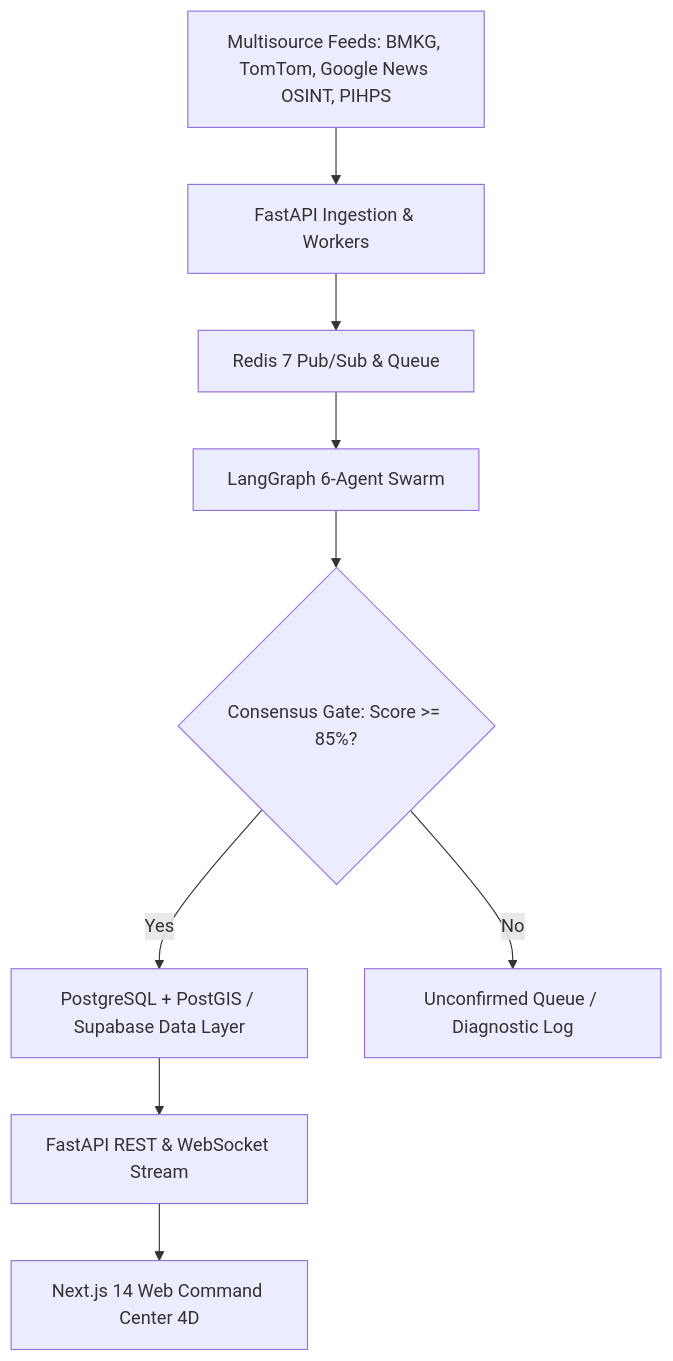
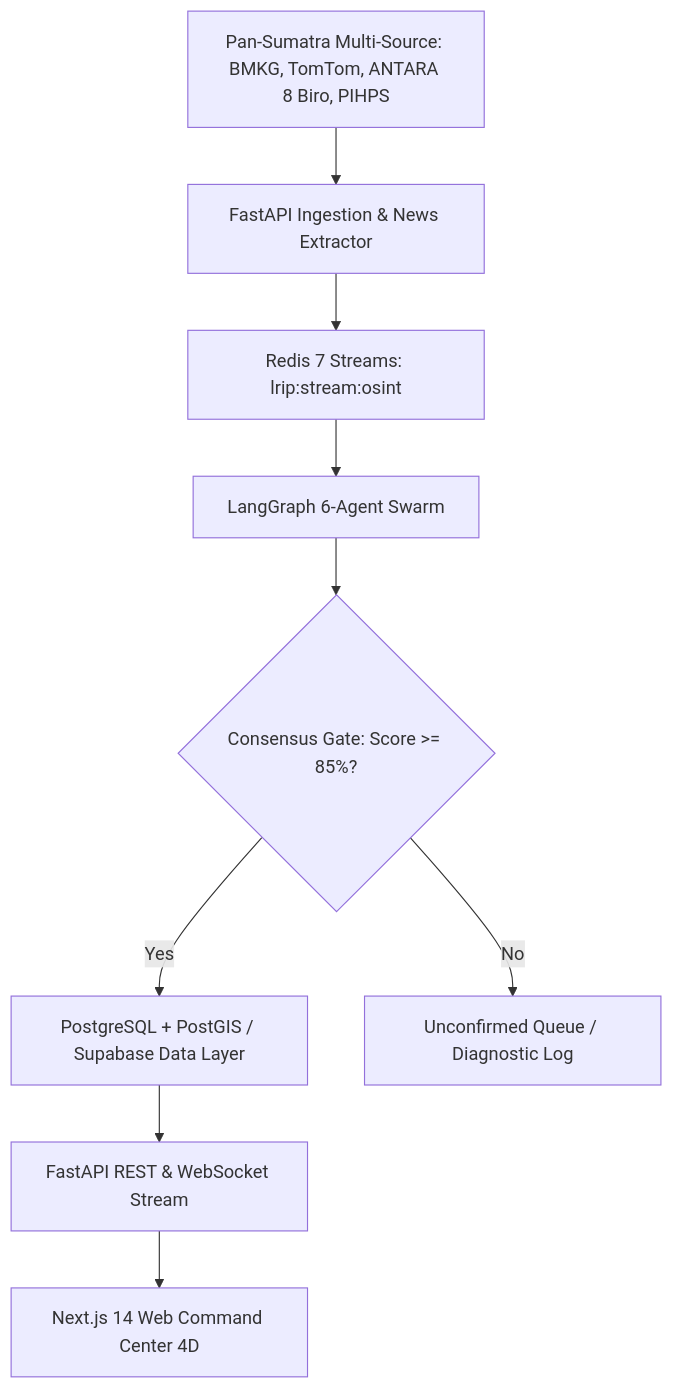
One commit to Zhav1/peta-nadi changed the diagram in PRD.md. Above: the diagram before and after it, drawn with Mermaid. The commit also changed other lines of this file and 4 other files, not shown here.

Commit message:
docs: establish pan-sumatra operational scale, phase 35 news intelligence, and planning synchronization

````diff
--- a/PRD.md
+++ b/PRD.md
@@ -40,11 +44,11 @@
 ```mermaid
 graph TD
-    A[Multisource Feeds: BMKG, TomTom, Google News OSINT, PIHPS] --> B[FastAPI Ingestion & Workers]
-    B --> C[Redis 7 Pub/Sub & Queue]
+    A[Pan-Sumatra Multi-Source: BMKG, TomTom, ANTARA 8 Biro, PIHPS] --> B[FastAPI Ingestion & News Extractor]
+    B --> C[Redis 7 Streams: lrip:stream:osint]
     C --> D[LangGraph 6-Agent Swarm]
     D --> E{Consensus Gate: Score >= 85%?}
     E -- Yes --> F[PostgreSQL + PostGIS / Supabase Data Layer]
     E -- No --> G[Unconfirmed Queue / Diagnostic Log]
     F --> H[FastAPI REST & WebSocket Stream]
     H --> I[Next.js 14 Web Command Center 4D]
 ```
````
